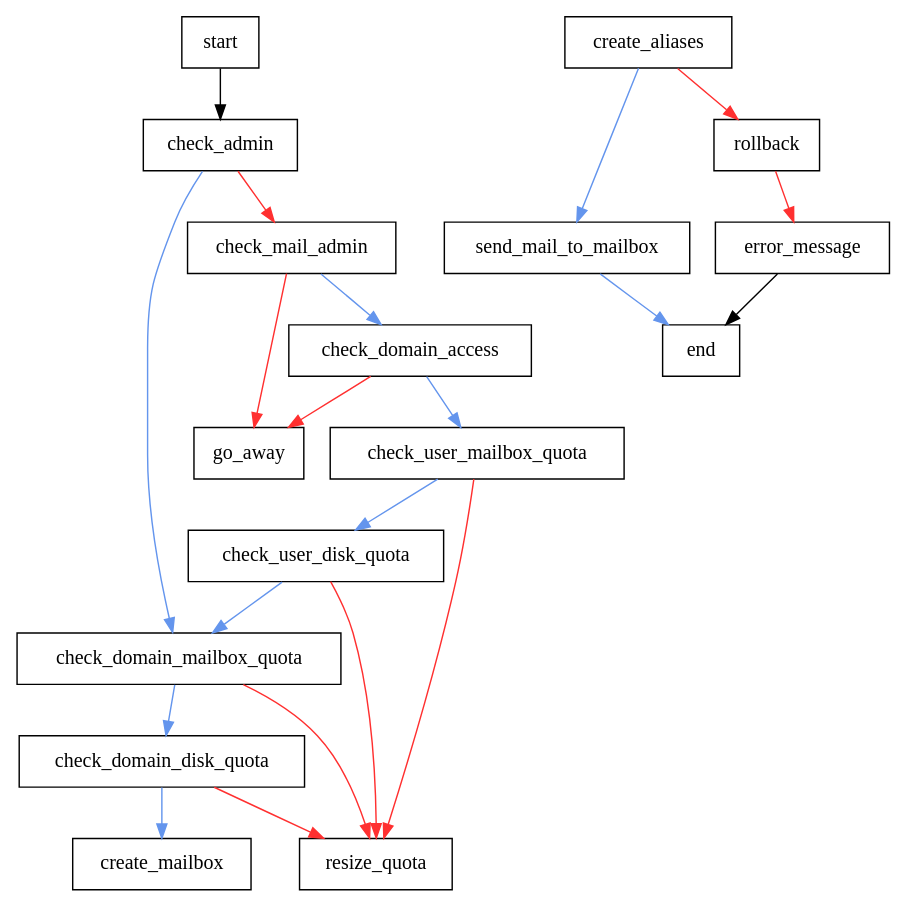
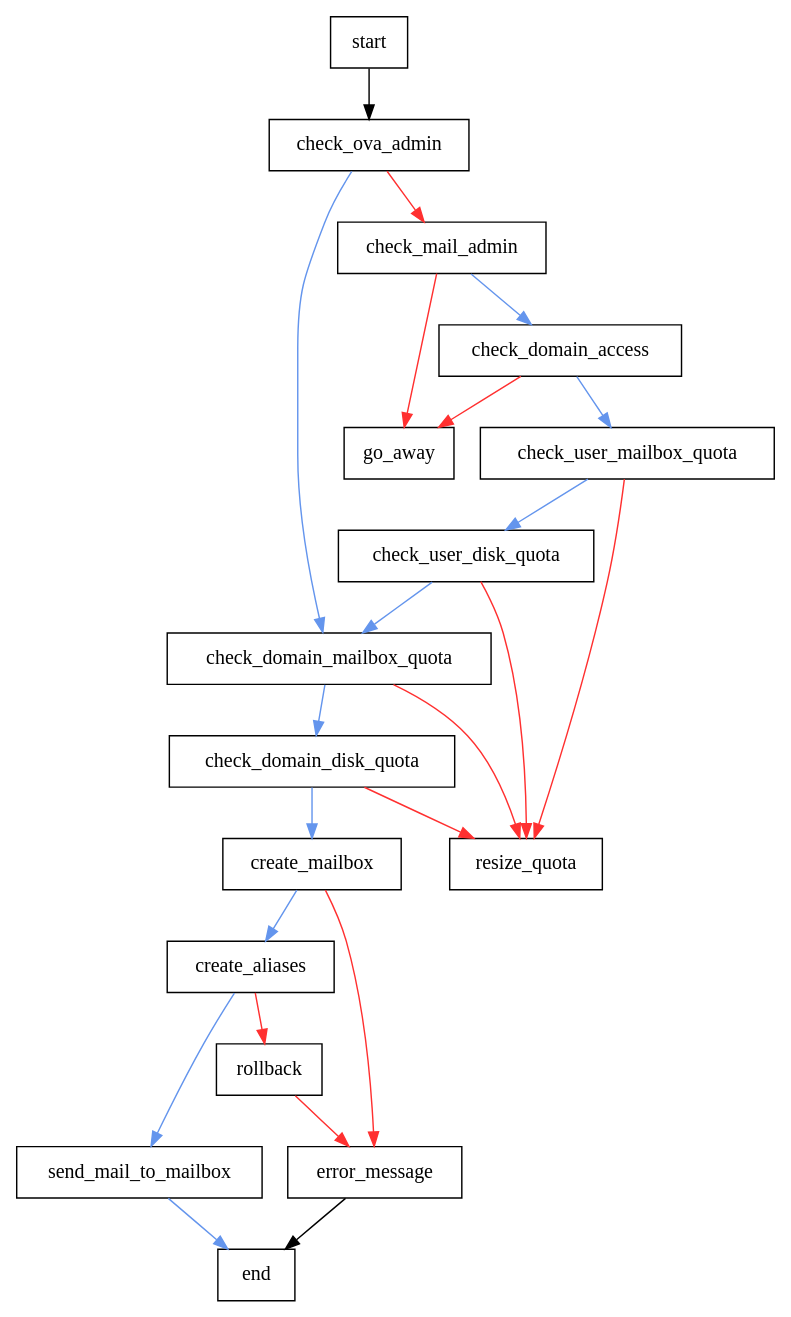
Before and after one commit to xbeaudouin/openvisp: the diagram in admin/trunk/process/create_mailboxes.dot, drawn with Graphviz.

Commit message:
Change check_admin to check_ova_admin Add a missing step

```diff
--- a/admin/trunk/process/create_mailboxes.dot
+++ b/admin/trunk/process/create_mailboxes.dot
@@ -1,29 +1,31 @@
 digraph create_mailboxes {
 	rankdir=TB;
 	size="auto"
 //	node [shape = doublecircle]; LR_0 LR_3 LR_4 LR_8;
 // color scheme : http://www.graphviz.org/doc/info/colors.html
 
 	node [shape = rect];
-	start -> check_admin;
-	check_admin -> check_mail_admin [ color="firebrick1" ];
-	check_admin -> check_domain_mailbox_quota [ color="cornflowerblue" ];
+	start -> check_ova_admin;
+	check_ova_admin -> check_mail_admin [ color="firebrick1" ];
+	check_ova_admin -> check_domain_mailbox_quota [ color="cornflowerblue" ];
 	check_domain_disk_quota -> create_mailbox [ color="cornflowerblue" ];
 	check_mail_admin -> go_away [ color="firebrick1" ];
 	check_mail_admin -> check_domain_access [ color="cornflowerblue"];
 	check_domain_access -> go_away [ color="firebrick1"];
 	check_domain_access -> check_user_mailbox_quota [ color="cornflowerblue"];
 	check_user_mailbox_quota -> resize_quota [ color="firebrick1" ];	
 	check_user_mailbox_quota -> check_user_disk_quota [ color="cornflowerblue"];
 	check_user_disk_quota -> resize_quota [ color="firebrick1" ];
 	check_user_disk_quota -> check_domain_mailbox_quota [ color="cornflowerblue"];
 	check_domain_mailbox_quota -> check_domain_disk_quota [ color="cornflowerblue"];
 	check_domain_mailbox_quota -> resize_quota [ color="firebrick1"];
 	check_domain_disk_quota -> resize_quota[ color="firebrick1"];
+	create_mailbox -> create_aliases [ color="cornflowerblue" ];
+	create_mailbox -> error_message [ color="firebrick1" ];
 	create_aliases -> send_mail_to_mailbox [ color="cornflowerblue" ];
 	send_mail_to_mailbox -> end [ color="cornflowerblue" ];
 	create_aliases -> rollback [ color="firebrick1" ];
 	rollback -> error_message [ color="firebrick1"];
 	error_message -> end;
 
 }
```
